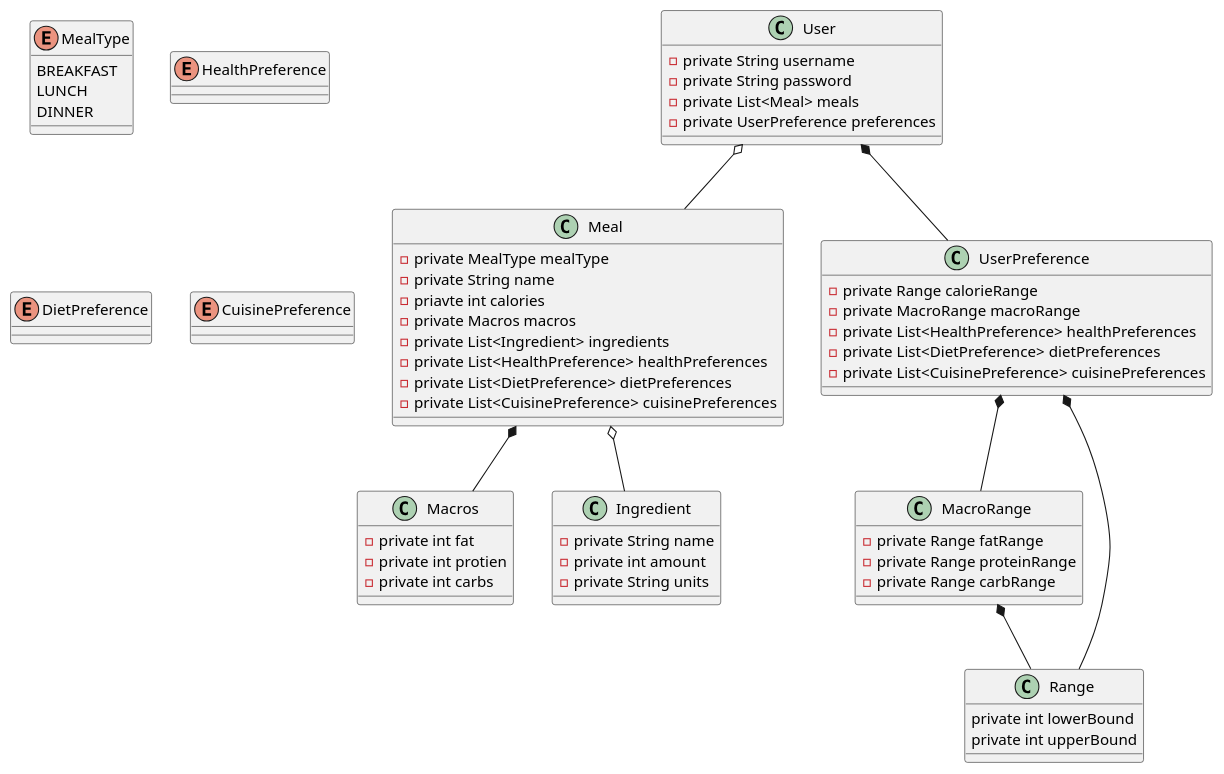
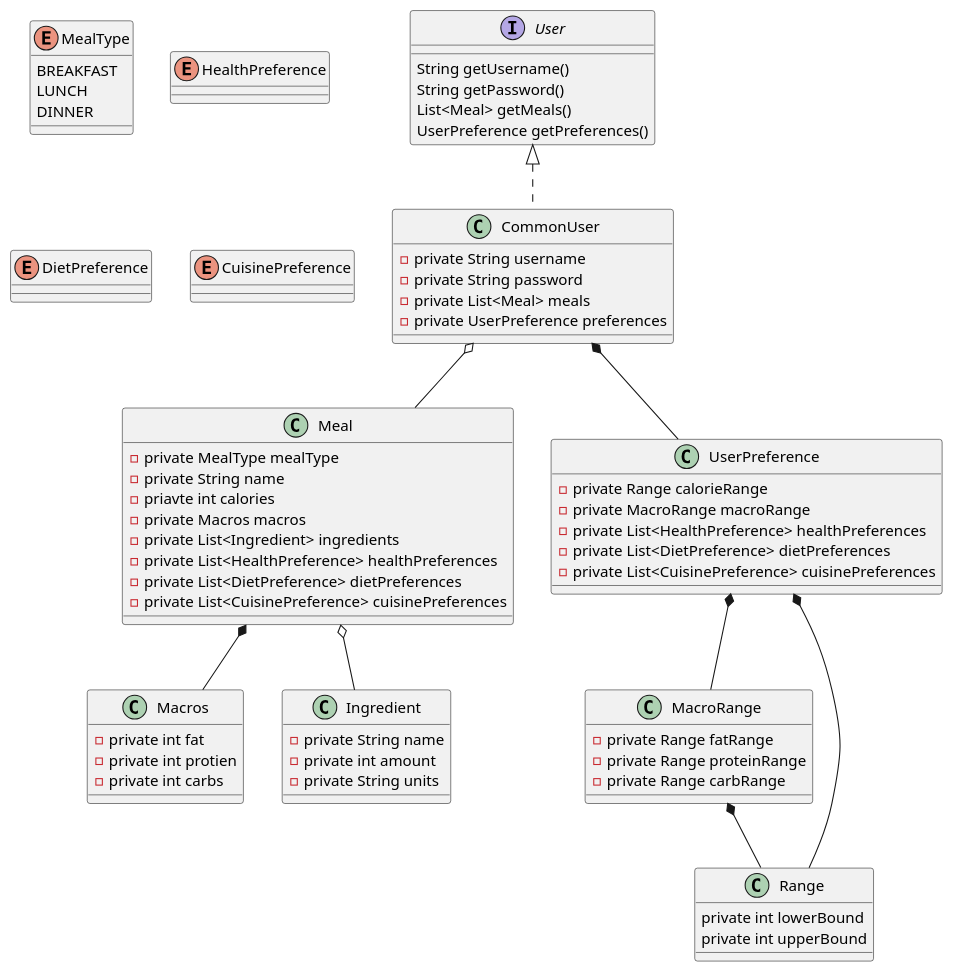
The diagram in design/plantuml/classes.puml (vrindasubhash/NutriNinja), drawn with PlantUML before and after one commit.

Commit message:
adding interfaec to entity design

```diff
--- a/design/plantuml/classes.puml
+++ b/design/plantuml/classes.puml
@@ -1,75 +1,80 @@
 @startuml
 'https://plantuml.com/class-diagram
-
-User o-- Meal
-User *-- UserPreference
+CommonUser o-- Meal
+CommonUser *-- UserPreference
 Meal *-- Macros
 Meal o-- Ingredient
 UserPreference *-- MacroRange
 MacroRange *-- Range
 UserPreference *-- Range
 
+interface User {
+    String getUsername()
+    String getPassword()
+    List<Meal> getMeals()
+    UserPreference getPreferences()
+}
 
-class User {
+class CommonUser implements User {
 - private String username
 - private String password
 - private List<Meal> meals
 - private UserPreference preferences
 }
 
 class Meal {
 - private MealType mealType
 - private String name
 - priavte int calories
 - private Macros macros
 - private List<Ingredient> ingredients
 - private List<HealthPreference> healthPreferences
 - private List<DietPreference> dietPreferences
 - private List<CuisinePreference> cuisinePreferences
 }
 
 class UserPreference {
 - private Range calorieRange
 - private MacroRange macroRange
 - private List<HealthPreference> healthPreferences
 - private List<DietPreference> dietPreferences
 - private List<CuisinePreference> cuisinePreferences
 }
 
 class Macros {
 - private int fat
 - private int protien
 - private int carbs
 }
 
 class MacroRange {
 - private Range fatRange
 - private Range proteinRange
 - private Range carbRange
 }
 
 class Ingredient {
 - private String name
 - private int amount
 - private String units
 }
 
 class Range {
     private int lowerBound
     private int upperBound
 }
 
 enum MealType {
 BREAKFAST
 LUNCH
 DINNER
 }
 
 enum HealthPreference {}
 
 enum DietPreference {}
 
 enum CuisinePreference{}
 
 
 @enduml
```
